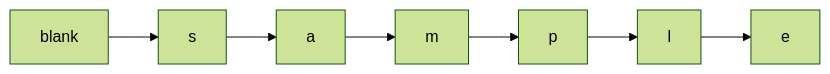
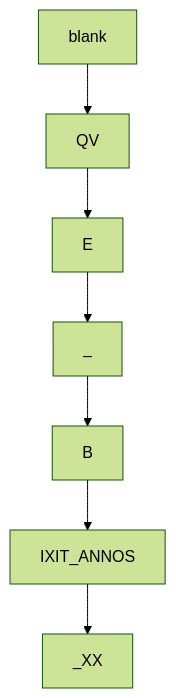
One commit to vedph/gve-doc changed the diagram in export/export-cadmus.md. Above: the diagram before and after it, drawn with Mermaid (forest theme). The commit also changed other lines of this file, not shown here.

````diff
--- a/export/export-cadmus.md
+++ b/export/export-cadmus.md
@@ -85,10 +85,10 @@
 ```mermaid
-graph LR;
+graph TB;
 
-blank --> s;
-s --> a;
-a --> m;
-m --> p;
-p --> l;
-l --> e;
+blank --> QV;
+QV --> E;
+E --> _
+_ --> B;
+B --> IXIT_ANNOS;
+IXIT_ANNOS --> _XX;
 ```
````
